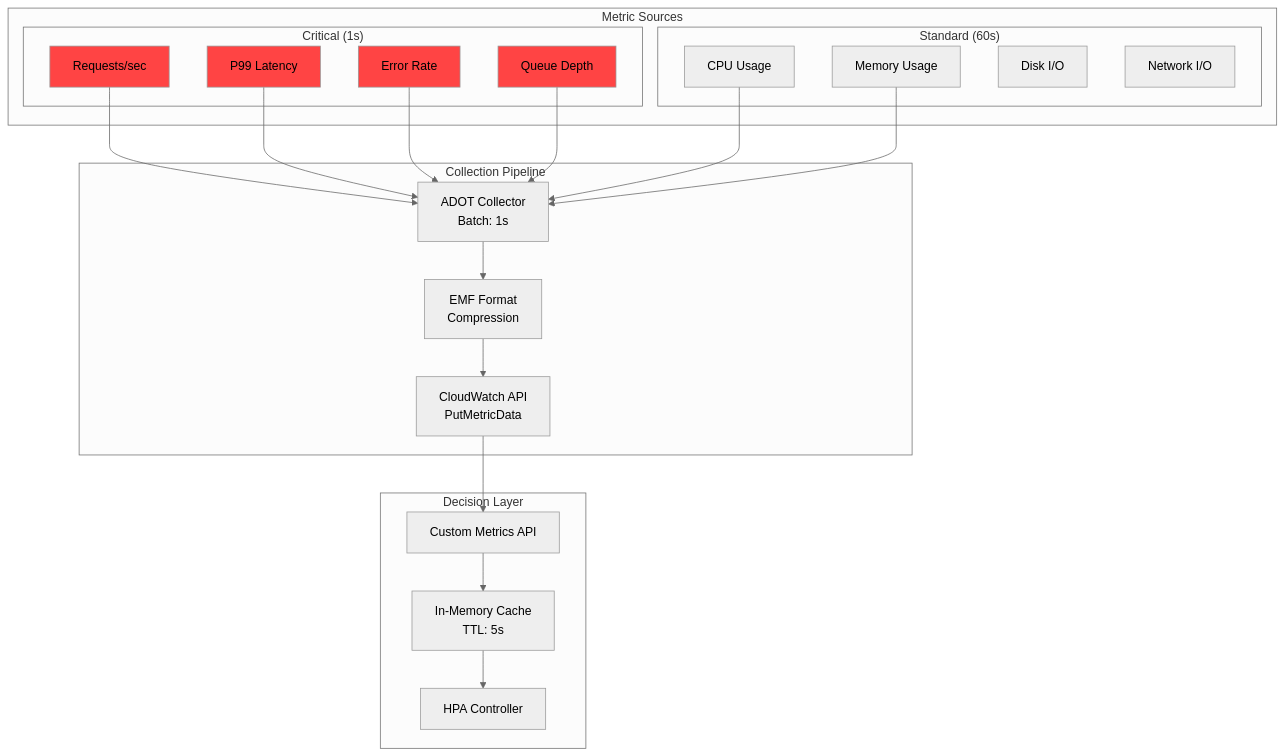
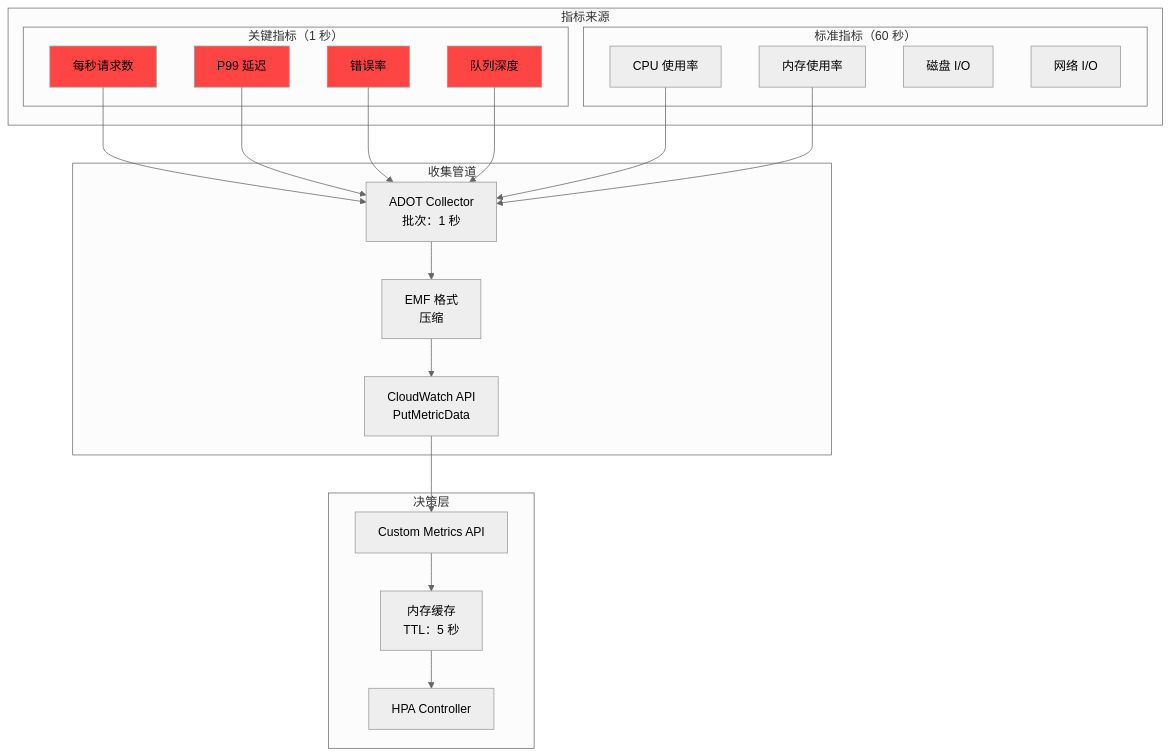
Before and after one commit to devfloor9/engineering-playbook: the fifth of 18 diagrams in i18n/zh/docusaurus-plugin-content-docs/current/infrastructure-optimization/karpenter-autoscaling.md, drawn with Mermaid (neutral theme). The commit also changed other lines of this file and 43 other files, not shown here.

````diff
--- a/i18n/zh/docusaurus-plugin-content-docs/current/infrastructure-optimization/karpenter-autoscaling.md
+++ b/i18n/zh/docusaurus-plugin-content-docs/current/infrastructure-optimization/karpenter-autoscaling.md
@@ -125,50 +354,50 @@
 ```mermaid
 graph TB
-    subgraph "Metric Sources"
-        subgraph "Critical (1s)"
-            RPS[Requests/sec]
-            LAT[P99 Latency]
-            ERR[Error Rate]
-            QUEUE[Queue Depth]
+    subgraph "指标来源"
+        subgraph "关键指标（1 秒）"
+            RPS[每秒请求数]
+            LAT[P99 延迟]
+            ERR[错误率]
+            QUEUE[队列深度]
         end
 
-        subgraph "Standard (60s)"
-            CPU[CPU Usage]
-            MEM[Memory Usage]
-            DISK[Disk I/O]
-            NET[Network I/O]
+        subgraph "标准指标（60 秒）"
+            CPU[CPU 使用率]
+            MEM[内存使用率]
+            DISK[磁盘 I/O]
+            NET[网络 I/O]
         end
     end
 
-    subgraph "Collection Pipeline"
-        AGENT[ADOT Collector<br/>Batch: 1s]
-        EMF[EMF Format<br/>Compression]
+    subgraph "收集管道"
+        AGENT[ADOT Collector<br/>批次：1 秒]
+        EMF[EMF 格式<br/>压缩]
         CW[CloudWatch API<br/>PutMetricData]
     end
 
-    subgraph "Decision Layer"
+    subgraph "决策层"
         API[Custom Metrics API]
-        CACHE[In-Memory Cache<br/>TTL: 5s]
+        CACHE[内存缓存<br/>TTL：5 秒]
         HPA[HPA Controller]
     end
 
     RPS --> AGENT
     LAT --> AGENT
     ERR --> AGENT
     QUEUE --> AGENT
 
     CPU --> AGENT
     MEM --> AGENT
 
     AGENT --> EMF
     EMF --> CW
     CW --> API
     API --> CACHE
     CACHE --> HPA
 
     style RPS fill:#ff4444
     style LAT fill:#ff4444
     style ERR fill:#ff4444
     style QUEUE fill:#ff4444
 
 ```
````
